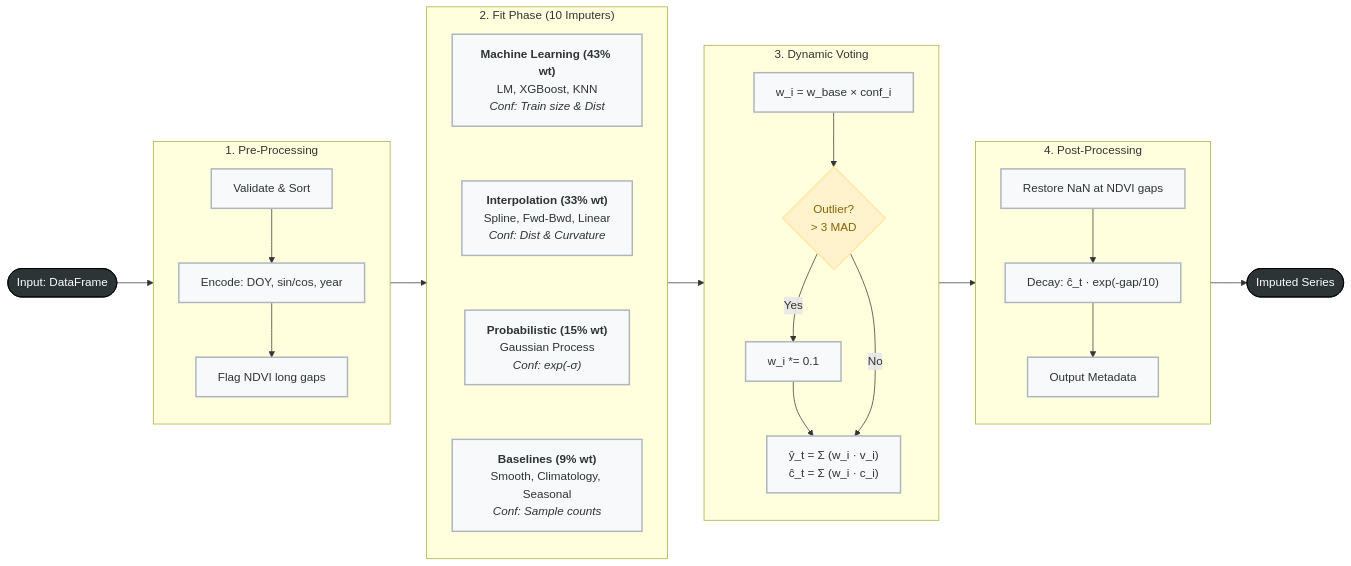
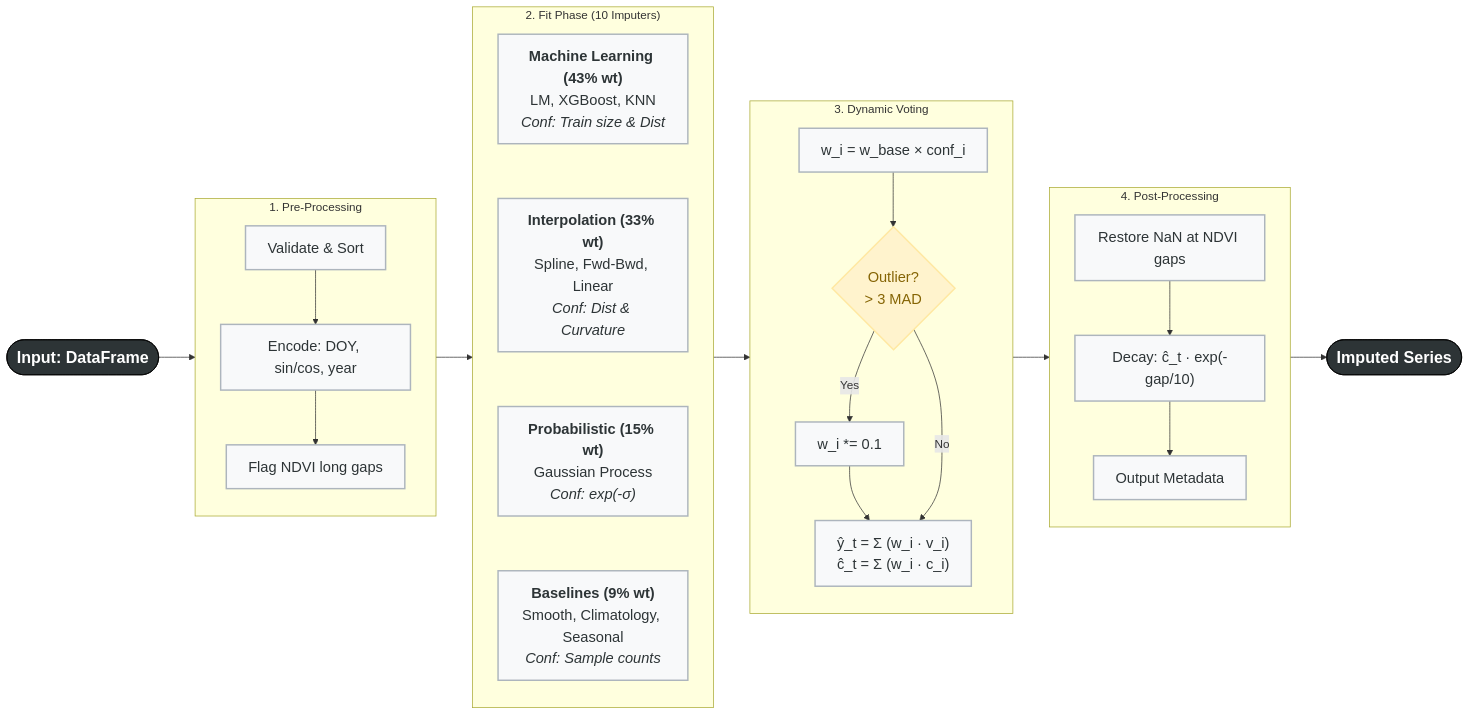
Before and after one commit to KerryCheon/MDR-Project: the second of 2 diagrams in docs/imputation_ensamble_diagram.md, drawn with Mermaid. The commit also changed 29 other files, not shown here.

````diff
--- a/docs/imputation_ensamble_diagram.md
+++ b/docs/imputation_ensamble_diagram.md
@@ -74,49 +74,52 @@
 ```mermaid
 flowchart LR
-    %% Slide-optimized styling
-    classDef io fill:#2d3436,color:#fff,stroke:#000,stroke-width:1px
-    classDef step fill:#f8f9fa,color:#2d3436,stroke:#adb5bd,stroke-width:2px
-    classDef decision fill:#fff3cd,color:#856404,stroke:#ffe8a1,stroke-width:2px
+    %% Global Configuration
+    classDef default font-family:Arial,font-size:20px;
+
+    %% Slide-optimized styling with increased font sizes
+    classDef io fill:#2d3436,color:#fff,stroke:#000,stroke-width:1px,font-size:22px,font-weight:bold
+    classDef step fill:#f8f9fa,color:#2d3436,stroke:#adb5bd,stroke-width:2px,font-size:20px
+    classDef decision fill:#fff3cd,color:#856404,stroke:#ffe8a1,stroke-width:2px,font-size:20px
 
     IN(["Input: DataFrame"]):::io
 
     subgraph S1["1. Pre-Processing"]
         direction TB
         p1["Validate & Sort"]:::step
         p2["Encode: DOY, sin/cos, year"]:::step
         p3["Flag NDVI long gaps"]:::step
         p1 --> p2 --> p3
     end
 
     subgraph S2["2. Fit Phase (10 Imputers)"]
         direction TB
         f1["<b>Machine Learning (43% wt)</b><br>LM, XGBoost, KNN<br><i>Conf: Train size & Dist</i>"]:::step
         f2["<b>Interpolation (33% wt)</b><br>Spline, Fwd-Bwd, Linear<br><i>Conf: Dist & Curvature</i>"]:::step
         f3["<b>Probabilistic (15% wt)</b><br>Gaussian Process<br><i>Conf: exp(-σ)</i>"]:::step
         f4["<b>Baselines (9% wt)</b><br>Smooth, Climatology, Seasonal<br><i>Conf: Sample counts</i>"]:::step
         f1 ~~~ f2 ~~~ f3 ~~~ f4
     end
 
     subgraph S3["3. Dynamic Voting"]
         direction TB
         v1["w_i = w_base × conf_i"]:::step
         v2{"Outlier?<br>> 3 MAD"}:::decision
         v3["w_i *= 0.1"]:::step
         v4["ŷ_t = Σ (w_i · v_i)<br>ĉ_t = Σ (w_i · c_i)"]:::step
         v1 --> v2
         v2 -- Yes --> v3 --> v4
         v2 -- No --> v4
     end
 
     subgraph S4["4. Post-Processing"]
         direction TB
         po1["Restore NaN at NDVI gaps"]:::step
         po2["Decay: ĉ_t · exp(-gap/10)"]:::step
         po3["Output Metadata"]:::step
         po1 --> po2 --> po3
     end
 
     OUT(["Imputed Series"]):::io
 
     IN --> S1 --> S2 --> S3 --> S4 --> OUT
 ```
````
